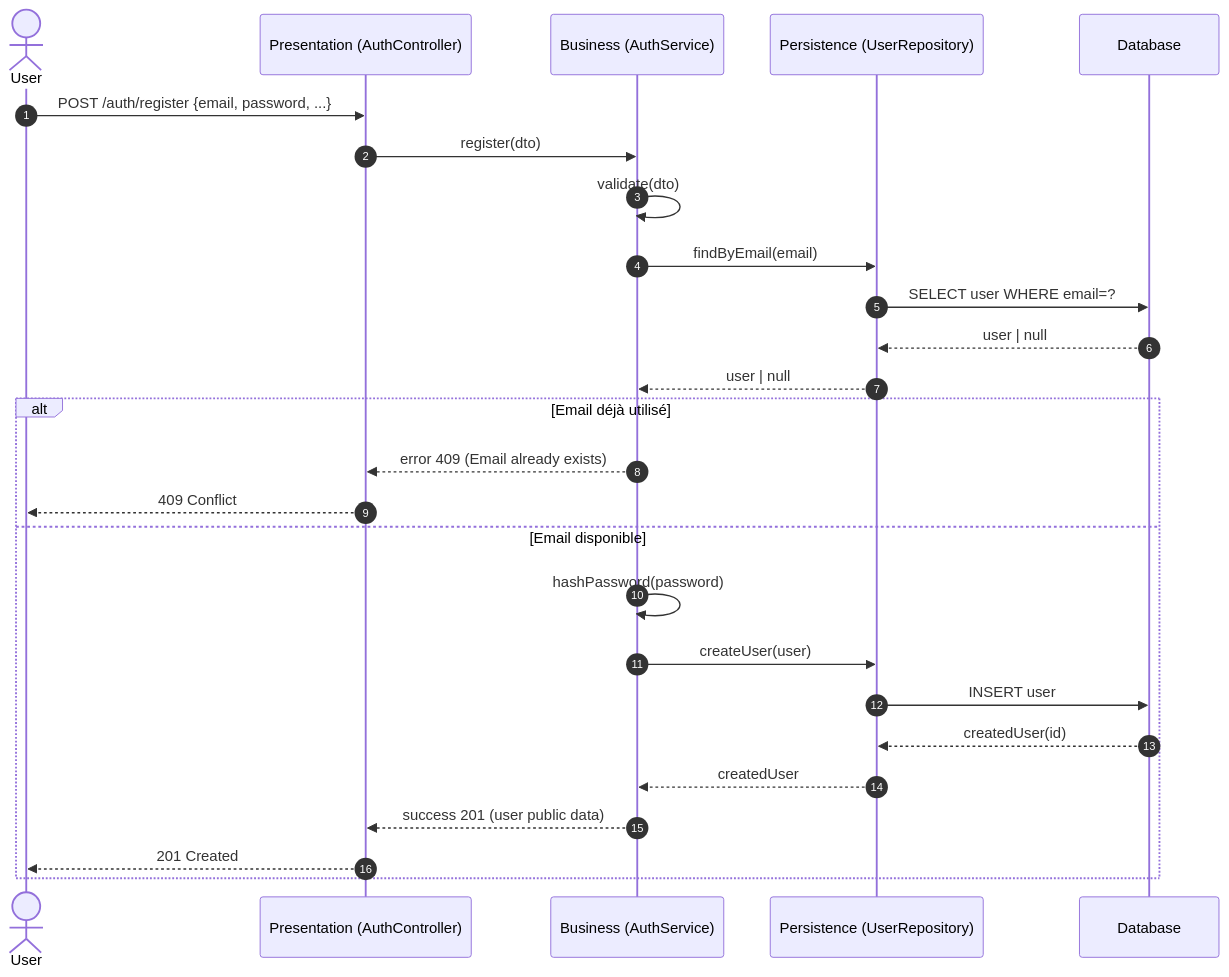
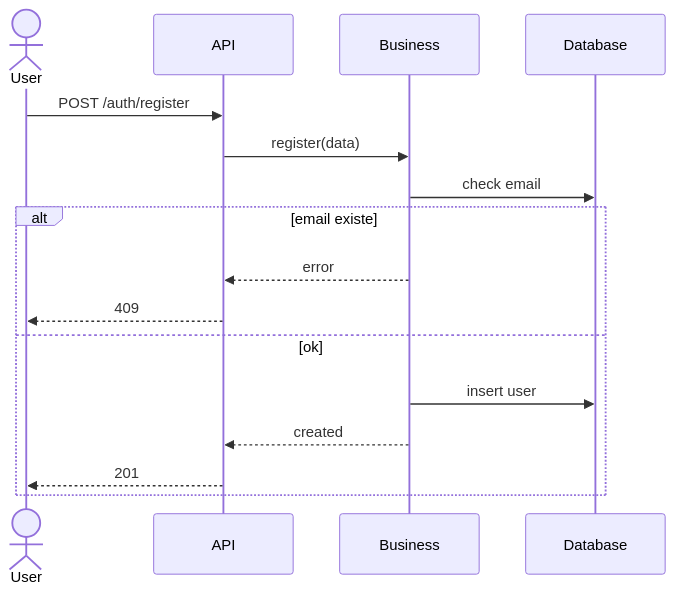
Before and after one commit to lorenzoanselme/holbertonschool-hbnb: the third of 6 diagrams in part1/README.md, drawn with Mermaid. The commit also changed other lines of this file, not shown here.

Commit message:
Refactor: Simplify sequence diagrams for user registration, place creation, and review submission in documentation

````diff
--- a/part1/README.md
+++ b/part1/README.md
@@ -250,32 +250,20 @@
 ```mermaid
 sequenceDiagram
-autonumber
 actor User
-participant API as Presentation (AuthController)
-participant BL as Business (AuthService)
-participant Repo as Persistence (UserRepository)
+participant API as API
+participant Service as Business
 participant DB as Database
 
-User->>API: POST /auth/register {email, password, ...}
-API->>BL: register(dto)
+User->>API: POST /auth/register
+API->>Service: register(data)
+Service->>DB: check email
+alt email existe
+  Service-->>API: error
+  API-->>User: 409
+else ok
+  Service->>DB: insert user
+  Service-->>API: created
+  API-->>User: 201
+end
 
-BL->>BL: validate(dto)
-BL->>Repo: findByEmail(email)
-Repo->>DB: SELECT user WHERE email=?
-DB-->>Repo: user | null
-Repo-->>BL: user | null
-
-alt Email déjà utilisé
-  BL-->>API: error 409 (Email already exists)
-  API-->>User: 409 Conflict
-else Email disponible
-  BL->>BL: hashPassword(password)
-  BL->>Repo: createUser(user)
-  Repo->>DB: INSERT user
-  DB-->>Repo: createdUser(id)
-  Repo-->>BL: createdUser
-
-  BL-->>API: success 201 (user public data)
-  API-->>User: 201 Created
-end
 ```
````
